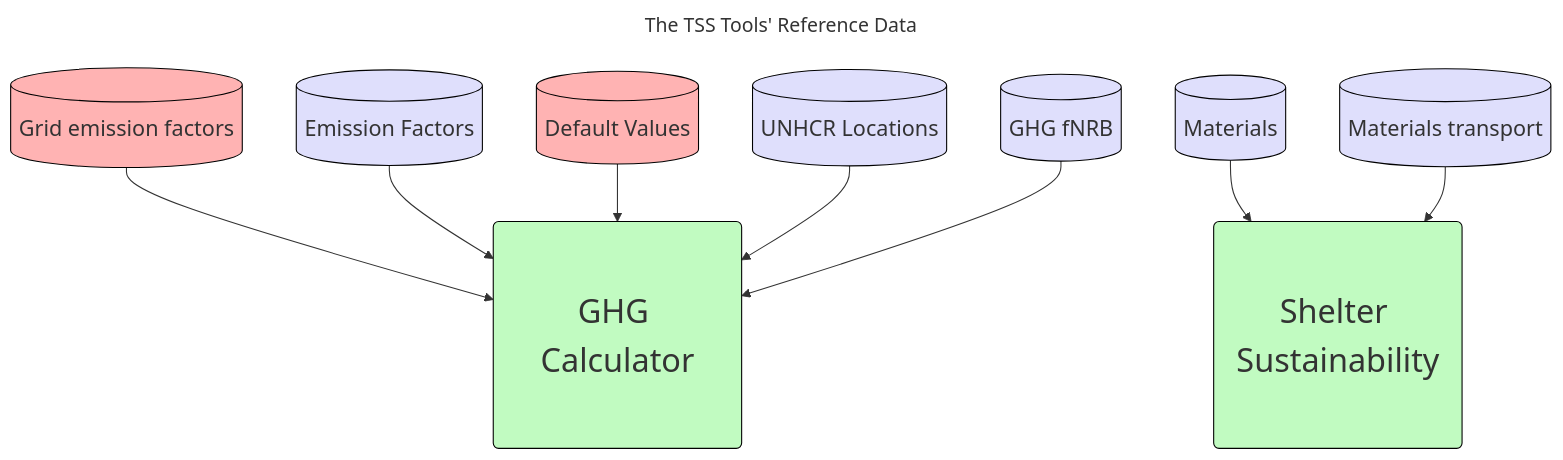
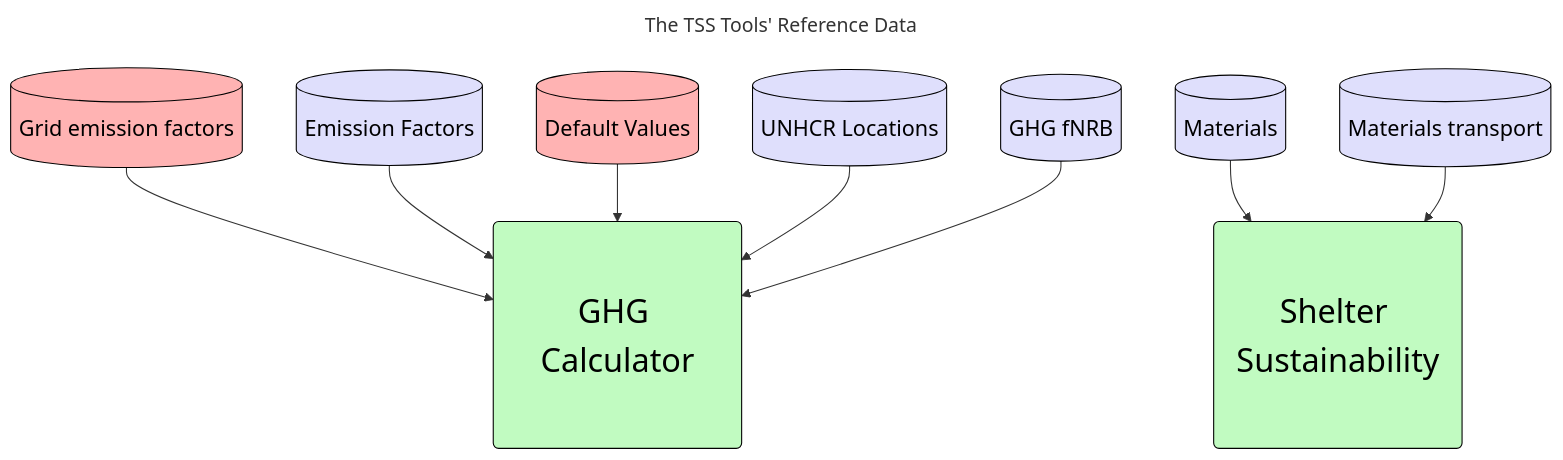
One commit to EPFL-ENAC/unhcr-geneva-tech-hub-app changed the first of 2 diagrams in README.md. Above: the diagram before and after it, drawn with Mermaid. The commit also changed other lines of this file, not shown here.

Commit message:
docs: change mermaid colkor

````diff
--- a/README.md
+++ b/README.md
@@ -21,20 +16,20 @@
 ```mermaid
 ---
 title: The TSS Tools' Reference Data
 ---
 flowchart TD
     AB[(Grid emission factors)]:::ToUpgrade --> A
     AC[(Emission Factors)]:::Databases --> A
     AD[(Default Values)]:::ToUpgrade --> A
     AE[(UNHCR Locations)]:::Databases --> A
     AF[(GHG fNRB)]:::Databases --> A
     BA[(Materials)]:::Databases --> B
     BB[(Materials transport)]:::Databases --> B
 
     A(GHG Calculator):::App
     B(Shelter Sustainability):::App
 
-classDef ToUpgrade stroke:#000,stroke-width:1px,fill:#ffb3b3,font-size:20px
-classDef Databases stroke:#000,stroke-width:1px,fill:#dfdffc,font-size:20px
-classDef App stroke:#000,stroke-width:1px,fill:#c1fbc1,font-size:30px,padding:10px
+classDef ToUpgrade stroke:#000,stroke-width:1px,fill:#ffb3b3,color:black,font-size:20px
+classDef Databases stroke:#000,stroke-width:1px,fill:#dfdffc,color:black,font-size:20px
+classDef App stroke:#000,stroke-width:1px,fill:#c1fbc1,color:black,font-size:30px,padding:10px
 ```
````
